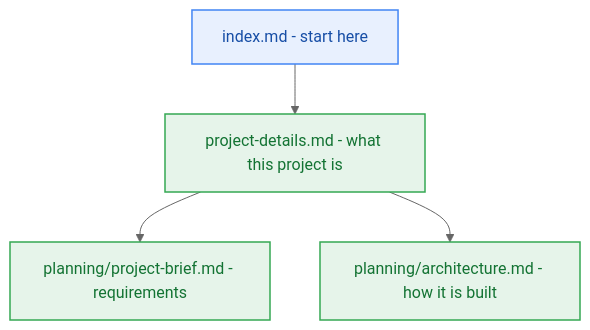
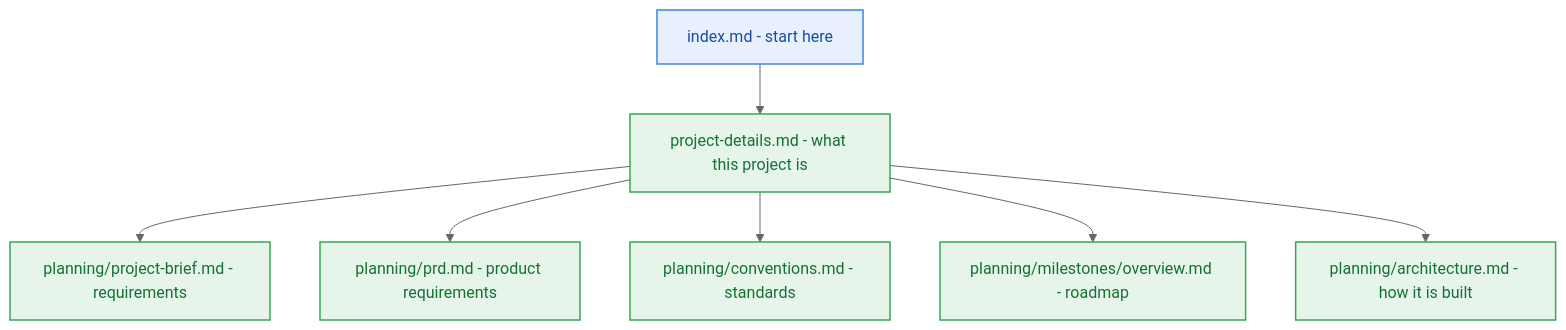
The diagram in _documentation/project-details.md (Glitch-guy0/Contextual), drawn with Mermaid (neutral theme) before and after one commit. The commit also changed other lines of this file and 23 other files, not shown here.

First line of the commit message:
docs(architecture): seal PM roadmap, Upstash serverless architecture, and contracts

````diff
--- a/_documentation/project-details.md
+++ b/_documentation/project-details.md
@@ -5,12 +5,15 @@
 ```mermaid
 graph TD
   I["index.md - start here"] --> D["project-details.md - what this project is"]
   D --> B["planning/project-brief.md - requirements"]
+  D --> P["planning/prd.md - product requirements"]
+  D --> C["planning/conventions.md - standards"]
+  D --> M["planning/milestones/overview.md - roadmap"]
   D --> A["planning/architecture.md - how it is built"]
 
   classDef blue fill:#E8F0FE,stroke:#4285F4,stroke-width:1.5px,color:#174EA6;
   classDef green fill:#E6F4EA,stroke:#34A853,stroke-width:1.5px,color:#137333;
 
   class I blue;
-  class D,B,A green;
+  class D,B,P,C,M,A green;
 ```
````
